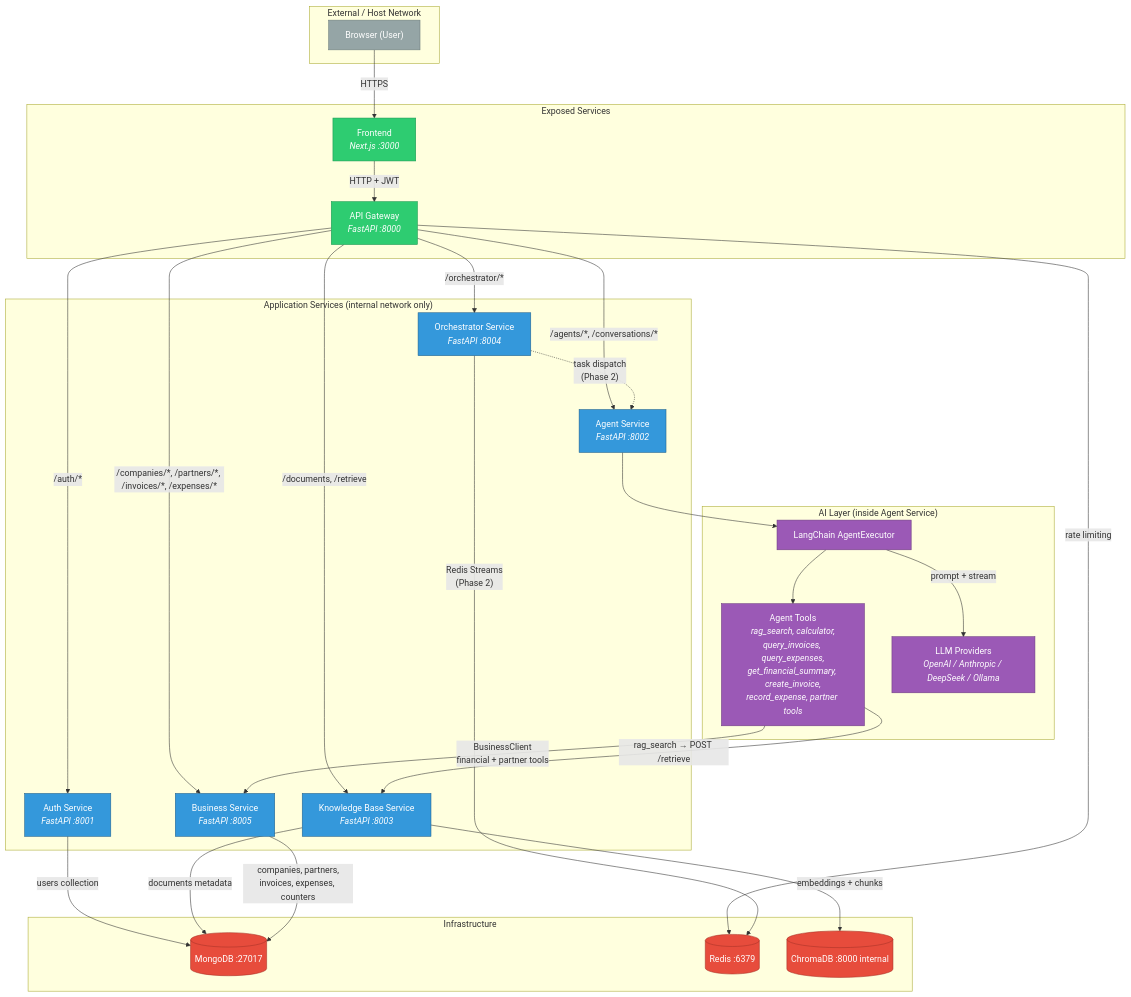
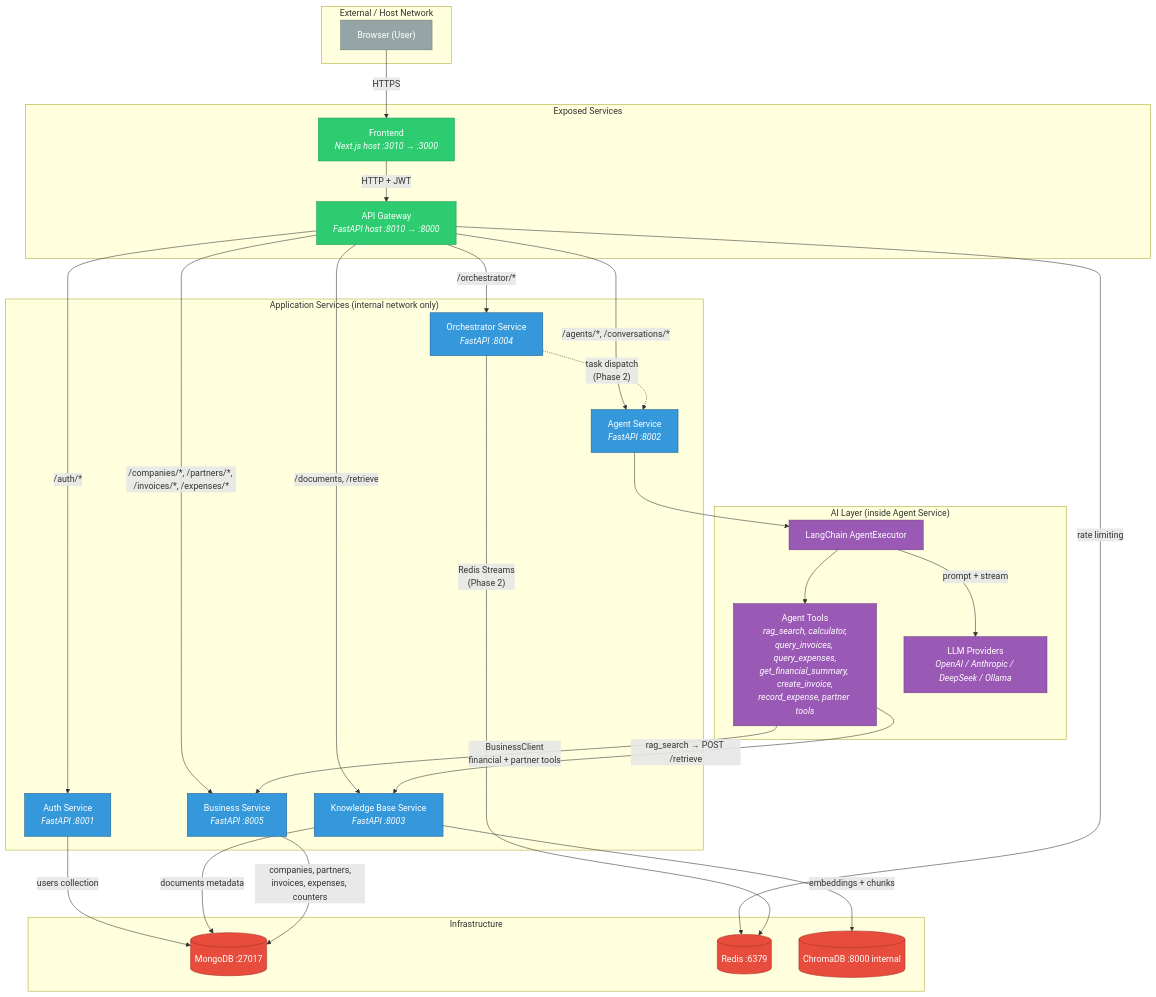
Before and after one commit to valiobar/agents: the first of 3 diagrams in docs/architecture/dependency-graph.md, drawn with Mermaid. The commit also changed other lines of this file and 28 other files, not shown here.

````diff
--- a/docs/architecture/dependency-graph.md
+++ b/docs/architecture/dependency-graph.md
@@ -16,79 +16,79 @@
 ```mermaid
 graph TD
     subgraph external ["External / Host Network"]
         Browser["Browser (User)"]
     end
 
     subgraph exposed ["Exposed Services"]
-        FE["Frontend<br/><i>Next.js :3000</i>"]
-        GW["API Gateway<br/><i>FastAPI :8000</i>"]
+        FE["Frontend<br/><i>Next.js host :3010 → :3000</i>"]
+        GW["API Gateway<br/><i>FastAPI host :8010 → :8000</i>"]
     end
 
     subgraph app_services ["Application Services (internal network only)"]
         AUTH["Auth Service<br/><i>FastAPI :8001</i>"]
         AGENT["Agent Service<br/><i>FastAPI :8002</i>"]
         KB["Knowledge Base Service<br/><i>FastAPI :8003</i>"]
         ORCH["Orchestrator Service<br/><i>FastAPI :8004</i>"]
         BUSINESS["Business Service<br/><i>FastAPI :8005</i>"]
     end
 
     subgraph ai_layer ["AI Layer (inside Agent Service)"]
         LC["LangChain AgentExecutor"]
         TOOLS["Agent Tools<br/><i>rag_search, calculator,<br/>query_invoices, query_expenses,<br/>get_financial_summary, create_invoice,<br/>record_expense, partner tools</i>"]
         LLM["LLM Providers<br/><i>OpenAI / Anthropic / DeepSeek / Ollama</i>"]
     end
 
     subgraph infra ["Infrastructure"]
         MONGO[("MongoDB :27017")]
         REDIS[("Redis :6379")]
         CHROMA[("ChromaDB :8000 internal")]
     end
 
     %% User → Frontend → Gateway
     Browser -->|"HTTPS"| FE
     FE -->|"HTTP + JWT"| GW
 
     %% Gateway → Services
     GW -->|"/auth/*"| AUTH
     GW -->|"/agents/*, /conversations/*"| AGENT
     GW -->|"/companies/*, /partners/*, /invoices/*, /expenses/*"| BUSINESS
     GW -->|"/documents, /retrieve"| KB
     GW -->|"/orchestrator/*"| ORCH
 
     %% Gateway → Infrastructure
     GW -->|"rate limiting"| REDIS
 
     %% Auth → Infrastructure
     AUTH -->|"users collection"| MONGO
 
     %% Agent → Infrastructure + AI
     AGENT --> LC
     LC --> TOOLS
     LC -->|"prompt + stream"| LLM
     TOOLS -->|"rag_search → POST /retrieve"| KB
     TOOLS -->|"BusinessClient<br/>financial + partner tools"| BUSINESS
 
     %% Knowledge Base → Infrastructure
     KB -->|"documents metadata"| MONGO
     KB -->|"embeddings + chunks"| CHROMA
 
     %% Business → Infrastructure
     BUSINESS -->|"companies, partners,<br/>invoices, expenses, counters"| MONGO
 
     %% Orchestrator → Infrastructure (Phase 2)
     ORCH -->|"Redis Streams<br/>(Phase 2)"| REDIS
     ORCH -.->|"task dispatch<br/>(Phase 2)"| AGENT
 
     %% Styling
     classDef exposed fill:#2ECC71,stroke:#1A9850,color:#fff
     classDef appSvc fill:#3498DB,stroke:#21618C,color:#fff
     classDef infraNode fill:#E74C3C,stroke:#A83228,color:#fff
     classDef aiNode fill:#9B59B6,stroke:#6C3A80,color:#fff
     classDef extNode fill:#95A5A6,stroke:#6B7B7C,color:#fff
 
     class Browser extNode
     class FE,GW exposed
     class AUTH,AGENT,KB,ORCH,BUSINESS appSvc
     class MONGO,REDIS,CHROMA infraNode
     class LC,TOOLS,LLM aiNode
 ```
````
